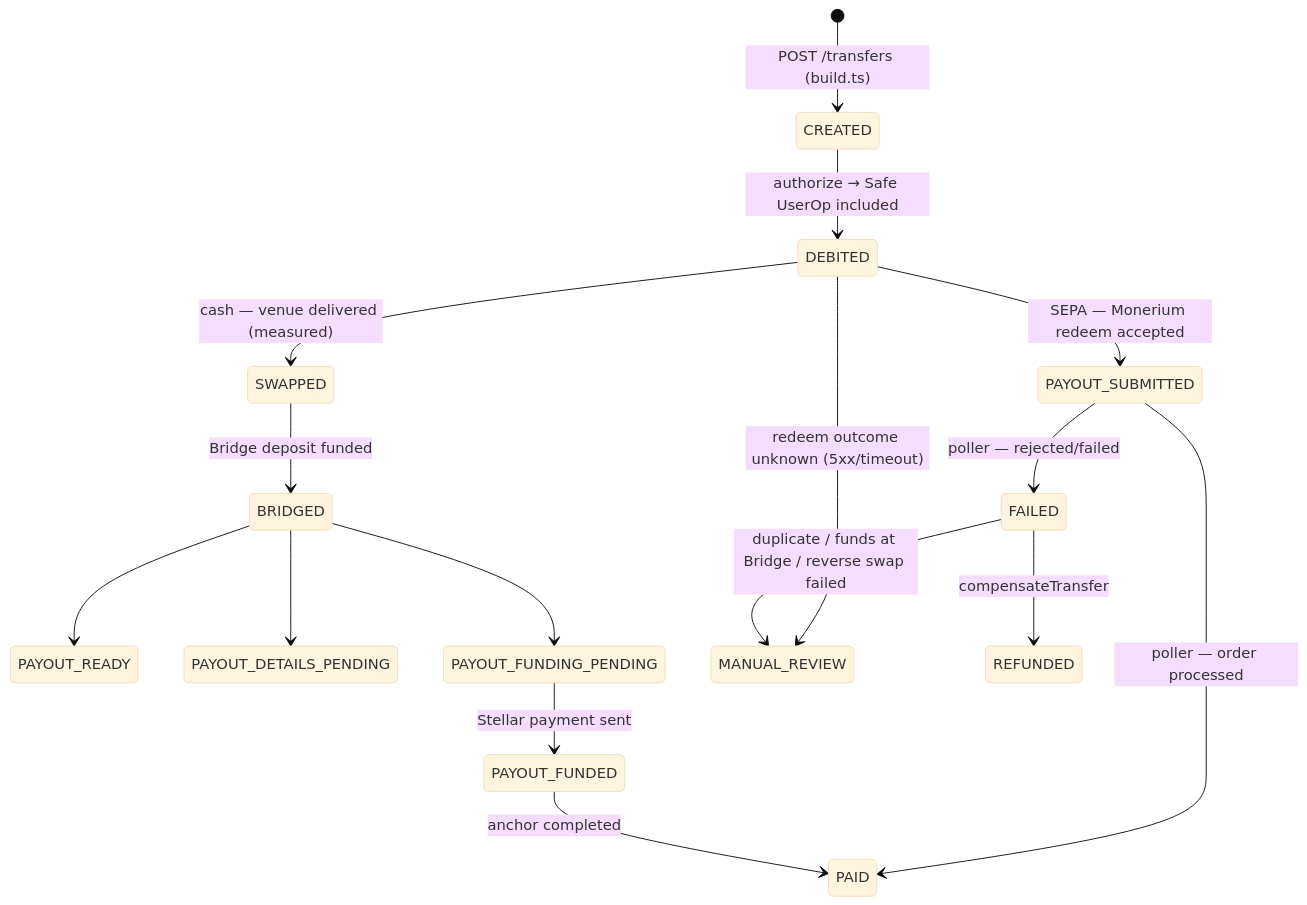
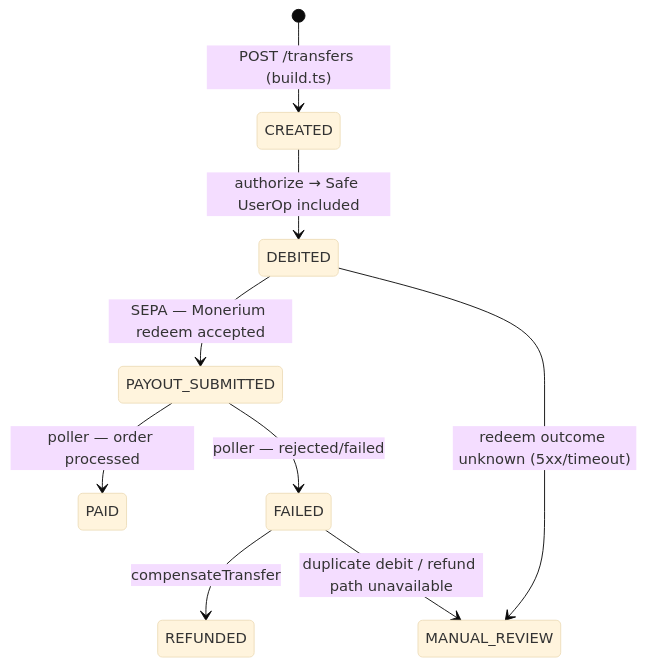
One commit to Zoldenburg-me/Zold-app changed the second of 4 diagrams in docs/architecture/technical-architecture.md. Above: the diagram before and after it, drawn with Mermaid (base theme). The commit also changed other lines of this file and 101 other files, not shown here.

First line of the commit message:
Remove the cash rail: MoneyGram, Stellar and Bridge.xyz

````diff
--- a/docs/architecture/technical-architecture.md
+++ b/docs/architecture/technical-architecture.md
@@ -236,18 +233,11 @@
 ```mermaid
 stateDiagram-v2
   [*] --> CREATED: POST /transfers (build.ts)
   CREATED --> DEBITED: authorize → Safe UserOp included
   DEBITED --> PAYOUT_SUBMITTED: SEPA — Monerium redeem accepted
   PAYOUT_SUBMITTED --> PAID: poller — order processed
   PAYOUT_SUBMITTED --> FAILED: poller — rejected/failed
-  DEBITED --> SWAPPED: cash — venue delivered (measured)
-  SWAPPED --> BRIDGED: Bridge deposit funded
-  BRIDGED --> PAYOUT_READY
-  BRIDGED --> PAYOUT_DETAILS_PENDING
-  BRIDGED --> PAYOUT_FUNDING_PENDING
-  PAYOUT_FUNDING_PENDING --> PAYOUT_FUNDED: Stellar payment sent
-  PAYOUT_FUNDED --> PAID: anchor completed
   DEBITED --> MANUAL_REVIEW: redeem outcome unknown (5xx/timeout)
   FAILED --> REFUNDED: compensateTransfer
-  FAILED --> MANUAL_REVIEW: duplicate / funds at Bridge / reverse swap failed
+  FAILED --> MANUAL_REVIEW: duplicate debit / refund path unavailable
 ```
````
